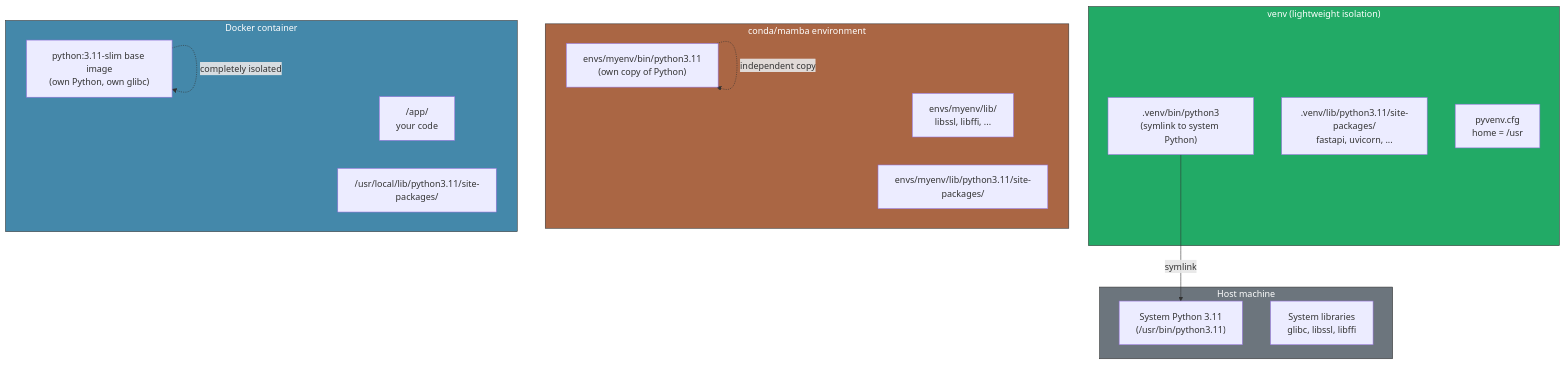
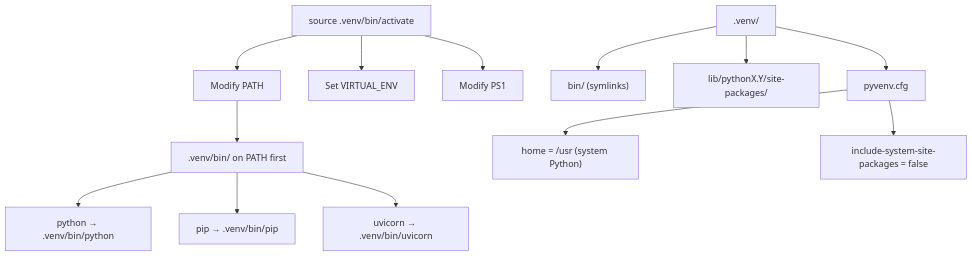
Before and after one commit to bumbsclaw/textbooks: the fourth of 10 diagrams in vol-16-python-cpython-internals/ch12-packaging-deployment.md, drawn with Mermaid. The commit also changed other lines of this file and 9 other files, not shown here.

First line of the commit message:
fix(pdf, mermaid): syntax-highlighted code blocks + diagram label fixes

````diff
--- a/vol-16-python-cpython-internals/ch12-packaging-deployment.md
+++ b/vol-16-python-cpython-internals/ch12-packaging-deployment.md
@@ -458,34 +418,15 @@
 ```mermaid
-flowchart TB
-    subgraph HOST["Host machine"]
-        SYS_PY["System Python 3.11<br/>(/usr/bin/python3.11)"]
-        SYS_LIBS["System libraries<br/>glibc, libssl, libffi"]
-    end
-
-    subgraph VENV["venv (lightweight isolation)"]
-        V_PY[".venv/bin/python3<br/>(symlink to system Python)"]
-        V_PKGS[".venv/lib/python3.11/site-packages/<br/>fastapi, uvicorn, ..."]
-        V_CFG["pyvenv.cfg<br/>home = /usr"]
-    end
-
-    subgraph CONDA["conda/mamba environment"]
-        C_PY["envs/myenv/bin/python3.11<br/>(own copy of Python)"]
-        C_LIBS["envs/myenv/lib/<br/>libssl, libffi, ..."]
-        C_PKGS["envs/myenv/lib/python3.11/site-packages/"]
-    end
-
-    subgraph DOCKER["Docker container"]
-        D_BASE["python:3.11-slim base image<br/>(own Python, own glibc)"]
-        D_APP["/app/<br/>your code"]
-        D_DEPS["/usr/local/lib/python3.11/site-packages/"]
-    end
-
-    V_PY -->|symlink| SYS_PY
-    C_PY -.->|independent copy| C_PY
-    D_BASE -.->|completely isolated| D_BASE
-
-    style HOST fill:#6c757d,stroke:#333,color:#fff
-    style VENV fill:#2a6,stroke:#333,color:#fff
-    style CONDA fill:#a64,stroke:#333,color:#fff
-    style DOCKER fill:#48a,stroke:#333,color:#fff
+flowchart TD
+    A["source .venv/bin/activate"] --> B["Modify PATH"]
+    A --> C["Set VIRTUAL_ENV"]
+    A --> D["Modify PS1"]
+    B --> E[".venv/bin/ on PATH first"]
+    E --> F["python → .venv/bin/python"]
+    E --> G["pip → .venv/bin/pip"]
+    E --> H["uvicorn → .venv/bin/uvicorn"]
+    I[".venv/"] --> J["bin/ (symlinks)"]
+    I --> K["lib/pythonX.Y/site-packages/"]
+    I --> L["pyvenv.cfg"]
+    L --> M["home = /usr (system Python)"]
+    L --> N["include-system-site-packages = false"]
 ```
````
